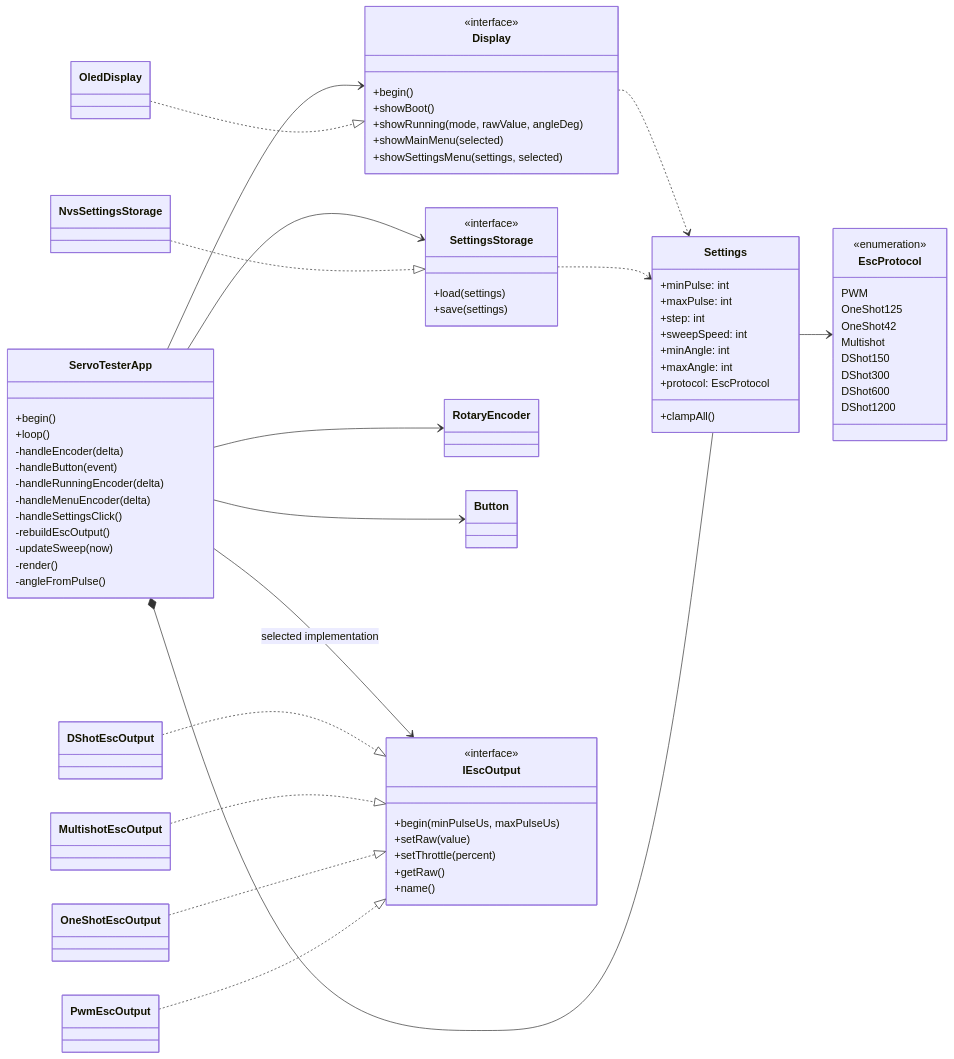
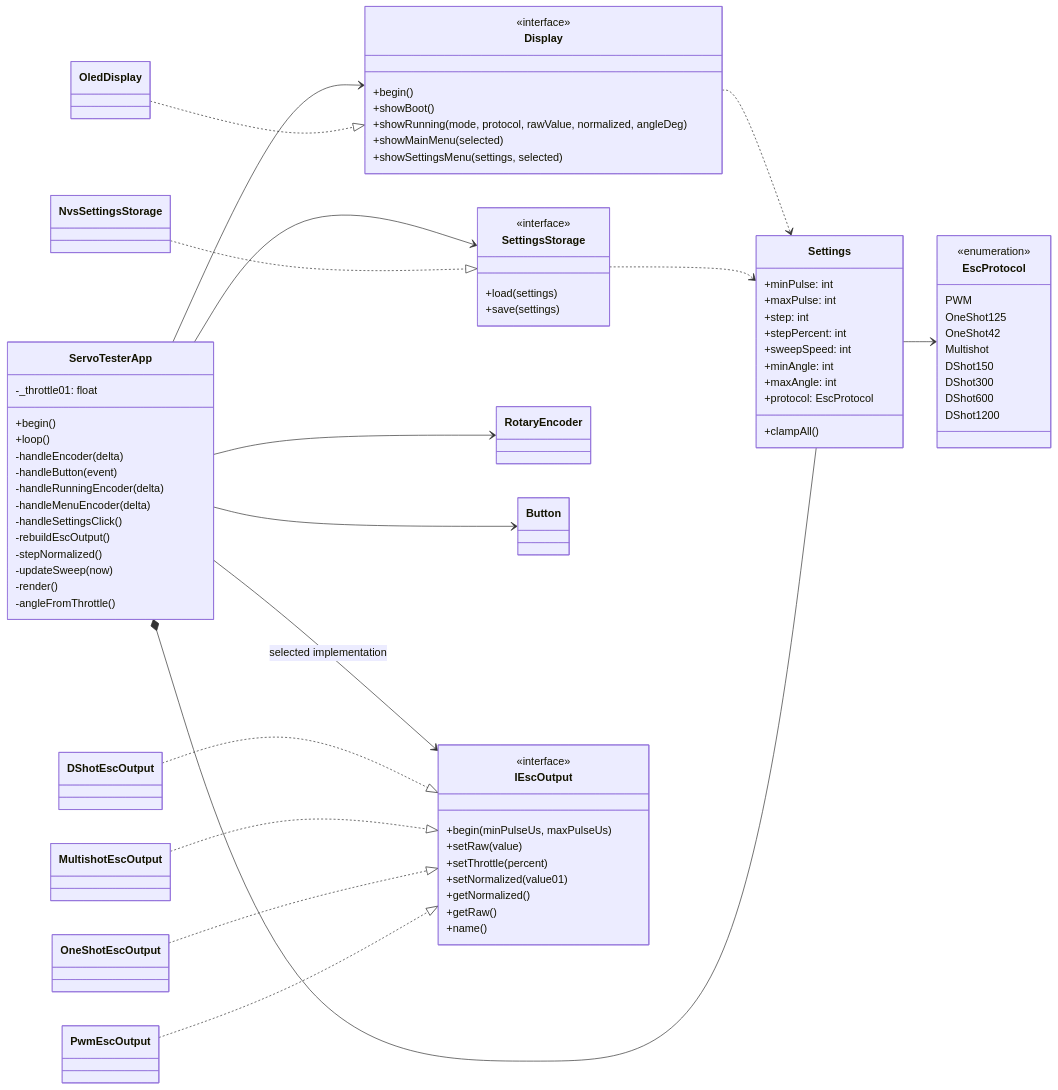
One commit to DKKivu/ServoTester changed the third of 4 diagrams in DIAGRAMS.md. Above: the diagram before and after it, drawn with Mermaid. The commit also changed other lines of this file and 3 other files, not shown here.

```diff
--- a/DIAGRAMS.md
+++ b/DIAGRAMS.md
@@ -81,15 +81,18 @@
         -handleMenuEncoder(delta)
         -handleSettingsClick()
         -rebuildEscOutput()
+        -stepNormalized()
         -updateSweep(now)
         -render()
-        -angleFromPulse()
+        -angleFromThrottle()
+        -_throttle01: float
     }
 
     class Settings {
         +minPulse: int
         +maxPulse: int
         +step: int
+        +stepPercent: int
         +sweepSpeed: int
         +minAngle: int
         +maxAngle: int
@@ -107,7 +110,7 @@
         <<interface>>
         +begin()
         +showBoot()
-        +showRunning(mode, rawValue, angleDeg)
+        +showRunning(mode, protocol, rawValue, normalized, angleDeg)
         +showMainMenu(selected)
         +showSettingsMenu(settings, selected)
     }
@@ -119,6 +122,8 @@
         +begin(minPulseUs, maxPulseUs)
         +setRaw(value)
         +setThrottle(percent)
+        +setNormalized(value01)
+        +getNormalized()
         +getRaw()
         +name()
     }
```
